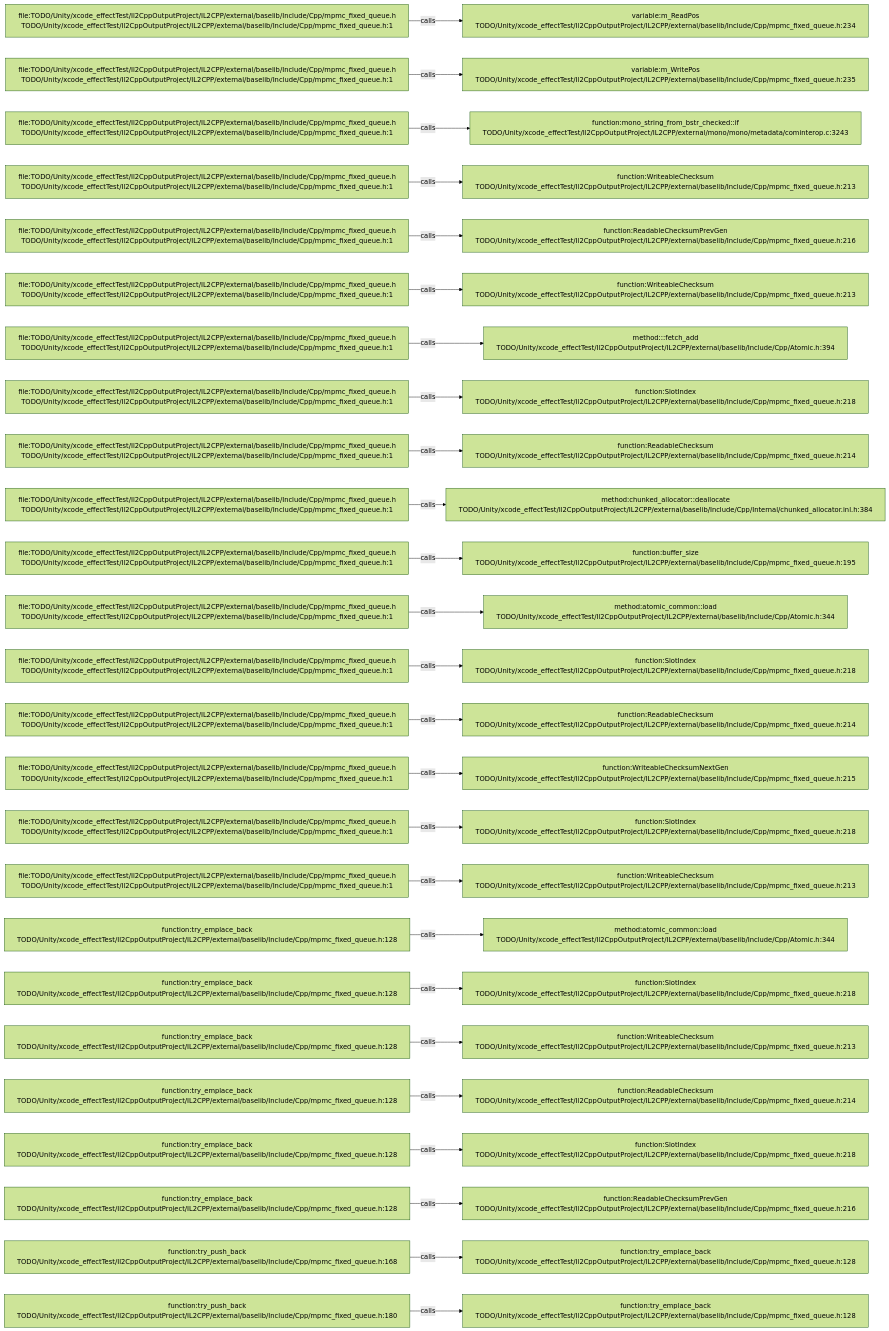
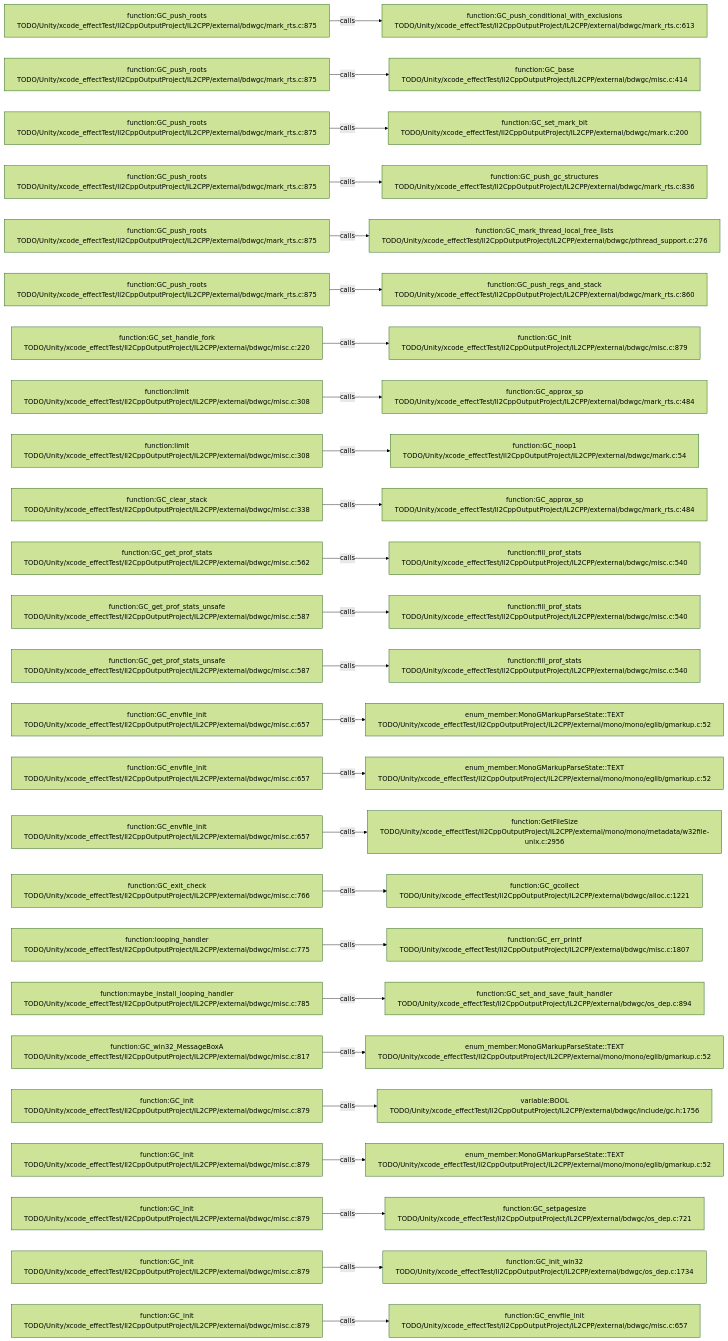
The diagram in .codegraph/codegraph.md/graphs/calls-137.md (JobsKits/JobsSwiftBaseConfigDemo), drawn with Mermaid (forest theme) before and after one commit. The commit also changed 227 other files, not shown here.

````diff
--- a/.codegraph/codegraph.md/graphs/calls-137.md
+++ b/.codegraph/codegraph.md/graphs/calls-137.md
@@ -13,78 +13,78 @@
 ```mermaid
 flowchart LR
-  S1["file:TODO/Unity/xcode_effectTest/Il2CppOutputProject/IL2CPP/external/baselib/Include/Cpp/mpmc_fixed_queue.h<br/>TODO/Unity/xcode_effectTest/Il2CppOutputProject/IL2CPP/external/baselib/Include/Cpp/mpmc_fixed_queue.h:1"]
-  T1["variable:m_ReadPos<br/>TODO/Unity/xcode_effectTest/Il2CppOutputProject/IL2CPP/external/baselib/Include/Cpp/mpmc_fixed_queue.h:234"]
+  S1["function:GC_push_roots<br/>TODO/Unity/xcode_effectTest/Il2CppOutputProject/IL2CPP/external/bdwgc/mark_rts.c:875"]
+  T1["function:GC_push_conditional_with_exclusions<br/>TODO/Unity/xcode_effectTest/Il2CppOutputProject/IL2CPP/external/bdwgc/mark_rts.c:613"]
   S1 -->|calls| T1
-  S2["file:TODO/Unity/xcode_effectTest/Il2CppOutputProject/IL2CPP/external/baselib/Include/Cpp/mpmc_fixed_queue.h<br/>TODO/Unity/xcode_effectTest/Il2CppOutputProject/IL2CPP/external/baselib/Include/Cpp/mpmc_fixed_queue.h:1"]
-  T2["variable:m_WritePos<br/>TODO/Unity/xcode_effectTest/Il2CppOutputProject/IL2CPP/external/baselib/Include/Cpp/mpmc_fixed_queue.h:235"]
+  S2["function:GC_push_roots<br/>TODO/Unity/xcode_effectTest/Il2CppOutputProject/IL2CPP/external/bdwgc/mark_rts.c:875"]
+  T2["function:GC_base<br/>TODO/Unity/xcode_effectTest/Il2CppOutputProject/IL2CPP/external/bdwgc/misc.c:414"]
   S2 -->|calls| T2
-  S3["file:TODO/Unity/xcode_effectTest/Il2CppOutputProject/IL2CPP/external/baselib/Include/Cpp/mpmc_fixed_queue.h<br/>TODO/Unity/xcode_effectTest/Il2CppOutputProject/IL2CPP/external/baselib/Include/Cpp/mpmc_fixed_queue.h:1"]
-  T3["function:mono_string_from_bstr_checked::if<br/>TODO/Unity/xcode_effectTest/Il2CppOutputProject/IL2CPP/external/mono/mono/metadata/cominterop.c:3243"]
+  S3["function:GC_push_roots<br/>TODO/Unity/xcode_effectTest/Il2CppOutputProject/IL2CPP/external/bdwgc/mark_rts.c:875"]
+  T3["function:GC_set_mark_bit<br/>TODO/Unity/xcode_effectTest/Il2CppOutputProject/IL2CPP/external/bdwgc/mark.c:200"]
   S3 -->|calls| T3
-  S4["file:TODO/Unity/xcode_effectTest/Il2CppOutputProject/IL2CPP/external/baselib/Include/Cpp/mpmc_fixed_queue.h<br/>TODO/Unity/xcode_effectTest/Il2CppOutputProject/IL2CPP/external/baselib/Include/Cpp/mpmc_fixed_queue.h:1"]
-  T4["function:WriteableChecksum<br/>TODO/Unity/xcode_effectTest/Il2CppOutputProject/IL2CPP/external/baselib/Include/Cpp/mpmc_fixed_queue.h:213"]
+  S4["function:GC_push_roots<br/>TODO/Unity/xcode_effectTest/Il2CppOutputProject/IL2CPP/external/bdwgc/mark_rts.c:875"]
+  T4["function:GC_push_gc_structures<br/>TODO/Unity/xcode_effectTest/Il2CppOutputProject/IL2CPP/external/bdwgc/mark_rts.c:836"]
   S4 -->|calls| T4
-  S5["file:TODO/Unity/xcode_effectTest/Il2CppOutputProject/IL2CPP/external/baselib/Include/Cpp/mpmc_fixed_queue.h<br/>TODO/Unity/xcode_effectTest/Il2CppOutputProject/IL2CPP/external/baselib/Include/Cpp/mpmc_fixed_queue.h:1"]
-  T5["function:ReadableChecksumPrevGen<br/>TODO/Unity/xcode_effectTest/Il2CppOutputProject/IL2CPP/external/baselib/Include/Cpp/mpmc_fixed_queue.h:216"]
+  S5["function:GC_push_roots<br/>TODO/Unity/xcode_effectTest/Il2CppOutputProject/IL2CPP/external/bdwgc/mark_rts.c:875"]
+  T5["function:GC_mark_thread_local_free_lists<br/>TODO/Unity/xcode_effectTest/Il2CppOutputProject/IL2CPP/external/bdwgc/pthread_support.c:276"]
   S5 -->|calls| T5
-  S6["file:TODO/Unity/xcode_effectTest/Il2CppOutputProject/IL2CPP/external/baselib/Include/Cpp/mpmc_fixed_queue.h<br/>TODO/Unity/xcode_effectTest/Il2CppOutputProject/IL2CPP/external/baselib/Include/Cpp/mpmc_fixed_queue.h:1"]
-  T6["function:WriteableChecksum<br/>TODO/Unity/xcode_effectTest/Il2CppOutputProject/IL2CPP/external/baselib/Include/Cpp/mpmc_fixed_queue.h:213"]
+  S6["function:GC_push_roots<br/>TODO/Unity/xcode_effectTest/Il2CppOutputProject/IL2CPP/external/bdwgc/mark_rts.c:875"]
+  T6["function:GC_push_regs_and_stack<br/>TODO/Unity/xcode_effectTest/Il2CppOutputProject/IL2CPP/external/bdwgc/mark_rts.c:860"]
   S6 -->|calls| T6
-  S7["file:TODO/Unity/xcode_effectTest/Il2CppOutputProject/IL2CPP/external/baselib/Include/Cpp/mpmc_fixed_queue.h<br/>TODO/Unity/xcode_effectTest/Il2CppOutputProject/IL2CPP/external/baselib/Include/Cpp/mpmc_fixed_queue.h:1"]
-  T7["method:<anonymous>::fetch_add<br/>TODO/Unity/xcode_effectTest/Il2CppOutputProject/IL2CPP/external/baselib/Include/Cpp/Atomic.h:394"]
+  S7["function:GC_set_handle_fork<br/>TODO/Unity/xcode_effectTest/Il2CppOutputProject/IL2CPP/external/bdwgc/misc.c:220"]
+  T7["function:GC_init<br/>TODO/Unity/xcode_effectTest/Il2CppOutputProject/IL2CPP/external/bdwgc/misc.c:879"]
   S7 -->|calls| T7
-  S8["file:TODO/Unity/xcode_effectTest/Il2CppOutputProject/IL2CPP/external/baselib/Include/Cpp/mpmc_fixed_queue.h<br/>TODO/Unity/xcode_effectTest/Il2CppOutputProject/IL2CPP/external/baselib/Include/Cpp/mpmc_fixed_queue.h:1"]
-  T8["function:SlotIndex<br/>TODO/Unity/xcode_effectTest/Il2CppOutputProject/IL2CPP/external/baselib/Include/Cpp/mpmc_fixed_queue.h:218"]
+  S8["function:limit<br/>TODO/Unity/xcode_effectTest/Il2CppOutputProject/IL2CPP/external/bdwgc/misc.c:308"]
+  T8["function:GC_approx_sp<br/>TODO/Unity/xcode_effectTest/Il2CppOutputProject/IL2CPP/external/bdwgc/mark_rts.c:484"]
   S8 -->|calls| T8
-  S9["file:TODO/Unity/xcode_effectTest/Il2CppOutputProject/IL2CPP/external/baselib/Include/Cpp/mpmc_fixed_queue.h<br/>TODO/Unity/xcode_effectTest/Il2CppOutputProject/IL2CPP/external/baselib/Include/Cpp/mpmc_fixed_queue.h:1"]
-  T9["function:ReadableChecksum<br/>TODO/Unity/xcode_effectTest/Il2CppOutputProject/IL2CPP/external/baselib/Include/Cpp/mpmc_fixed_queue.h:214"]
+  S9["function:limit<br/>TODO/Unity/xcode_effectTest/Il2CppOutputProject/IL2CPP/external/bdwgc/misc.c:308"]
+  T9["function:GC_noop1<br/>TODO/Unity/xcode_effectTest/Il2CppOutputProject/IL2CPP/external/bdwgc/mark.c:54"]
   S9 -->|calls| T9
-  S10["file:TODO/Unity/xcode_effectTest/Il2CppOutputProject/IL2CPP/external/baselib/Include/Cpp/mpmc_fixed_queue.h<br/>TODO/Unity/xcode_effectTest/Il2CppOutputProject/IL2CPP/external/baselib/Include/Cpp/mpmc_fixed_queue.h:1"]
-  T10["method:chunked_allocator::deallocate<br/>TODO/Unity/xcode_effectTest/Il2CppOutputProject/IL2CPP/external/baselib/Include/Cpp/Internal/chunked_allocator.inl.h:384"]
+  S10["function:GC_clear_stack<br/>TODO/Unity/xcode_effectTest/Il2CppOutputProject/IL2CPP/external/bdwgc/misc.c:338"]
+  T10["function:GC_approx_sp<br/>TODO/Unity/xcode_effectTest/Il2CppOutputProject/IL2CPP/external/bdwgc/mark_rts.c:484"]
   S10 -->|calls| T10
-  S11["file:TODO/Unity/xcode_effectTest/Il2CppOutputProject/IL2CPP/external/baselib/Include/Cpp/mpmc_fixed_queue.h<br/>TODO/Unity/xcode_effectTest/Il2CppOutputProject/IL2CPP/external/baselib/Include/Cpp/mpmc_fixed_queue.h:1"]
-  T11["function:buffer_size<br/>TODO/Unity/xcode_effectTest/Il2CppOutputProject/IL2CPP/external/baselib/Include/Cpp/mpmc_fixed_queue.h:195"]
+  S11["function:GC_get_prof_stats<br/>TODO/Unity/xcode_effectTest/Il2CppOutputProject/IL2CPP/external/bdwgc/misc.c:562"]
+  T11["function:fill_prof_stats<br/>TODO/Unity/xcode_effectTest/Il2CppOutputProject/IL2CPP/external/bdwgc/misc.c:540"]
   S11 -->|calls| T11
-  S12["file:TODO/Unity/xcode_effectTest/Il2CppOutputProject/IL2CPP/external/baselib/Include/Cpp/mpmc_fixed_queue.h<br/>TODO/Unity/xcode_effectTest/Il2CppOutputProject/IL2CPP/external/baselib/Include/Cpp/mpmc_fixed_queue.h:1"]
-  T12["method:atomic_common::load<br/>TODO/Unity/xcode_effectTest/Il2CppOutputProject/IL2CPP/external/baselib/Include/Cpp/Atomic.h:344"]
+  S12["function:GC_get_prof_stats_unsafe<br/>TODO/Unity/xcode_effectTest/Il2CppOutputProject/IL2CPP/external/bdwgc/misc.c:587"]
+  T12["function:fill_prof_stats<br/>TODO/Unity/xcode_effectTest/Il2CppOutputProject/IL2CPP/external/bdwgc/misc.c:540"]
   S12 -->|calls| T12
-  S13["file:TODO/Unity/xcode_effectTest/Il2CppOutputProject/IL2CPP/external/baselib/Include/Cpp/mpmc_fixed_queue.h<br/>TODO/Unity/xcode_effectTest/Il2CppOutputProject/IL2CPP/external/baselib/Include/Cpp/mpmc_fixed_queue.h:1"]
-  T13["function:SlotIndex<br/>TODO/Unity/xcode_effectTest/Il2CppOutputProject/IL2CPP/external/baselib/Include/Cpp/mpmc_fixed_queue.h:218"]
+  S13["function:GC_get_prof_stats_unsafe<br/>TODO/Unity/xcode_effectTest/Il2CppOutputProject/IL2CPP/external/bdwgc/misc.c:587"]
+  T13["function:fill_prof_stats<br/>TODO/Unity/xcode_effectTest/Il2CppOutputProject/IL2CPP/external/bdwgc/misc.c:540"]
   S13 -->|calls| T13
-  S14["file:TODO/Unity/xcode_effectTest/Il2CppOutputProject/IL2CPP/external/baselib/Include/Cpp/mpmc_fixed_queue.h<br/>TODO/Unity/xcode_effectTest/Il2CppOutputProject/IL2CPP/external/baselib/Include/Cpp/mpmc_fixed_queue.h:1"]
-  T14["function:ReadableChecksum<br/>TODO/Unity/xcode_effectTest/Il2CppOutputProject/IL2CPP/external/baselib/Include/Cpp/mpmc_fixed_queue.h:214"]
+  S14["function:GC_envfile_init<br/>TODO/Unity/xcode_effectTest/Il2CppOutputProject/IL2CPP/external/bdwgc/misc.c:657"]
+  T14["enum_member:MonoGMarkupParseState::TEXT<br/>TODO/Unity/xcode_effectTest/Il2CppOutputProject/IL2CPP/external/mono/mono/eglib/gmarkup.c:52"]
   S14 -->|calls| T14
-  S15["file:TODO/Unity/xcode_effectTest/Il2CppOutputProject/IL2CPP/external/baselib/Include/Cpp/mpmc_fixed_queue.h<br/>TODO/Unity/xcode_effectTest/Il2CppOutputProject/IL2CPP/external/baselib/Include/Cpp/mpmc_fixed_queue.h:1"]
-  T15["function:WriteableChecksumNextGen<br/>TODO/Unity/xcode_effectTest/Il2CppOutputProject/IL2CPP/external/baselib/Include/Cpp/mpmc_fixed_queue.h:215"]
+  S15["function:GC_envfile_init<br/>TODO/Unity/xcode_effectTest/Il2CppOutputProject/IL2CPP/external/bdwgc/misc.c:657"]
+  T15["enum_member:MonoGMarkupParseState::TEXT<br/>TODO/Unity/xcode_effectTest/Il2CppOutputProject/IL2CPP/external/mono/mono/eglib/gmarkup.c:52"]
   S15 -->|calls| T15
-  S16["file:TODO/Unity/xcode_effectTest/Il2CppOutputProject/IL2CPP/external/baselib/Include/Cpp/mpmc_fixed_queue.h<br/>TODO/Unity/xcode_effectTest/Il2CppOutputProject/IL2CPP/external/baselib/Include/Cpp/mpmc_fixed_queue.h:1"]
-  T16["function:SlotIndex<br/>TODO/Unity/xcode_effectTest/Il2CppOutputProject/IL2CPP/external/baselib/Include/Cpp/mpmc_fixed_queue.h:218"]
+  S16["function:GC_envfile_init<br/>TODO/Unity/xcode_effectTest/Il2CppOutputProject/IL2CPP/external/bdwgc/misc.c:657"]
+  T16["function:GetFileSize<br/>TODO/Unity/xcode_effectTest/Il2CppOutputProject/IL2CPP/external/mono/mono/metadata/w32file-unix.c:2956"]
   S16 -->|calls| T16
-  S17["file:TODO/Unity/xcode_effectTest/Il2CppOutputProject/IL2CPP/external/baselib/Include/Cpp/mpmc_fixed_queue.h<br/>TODO/Unity/xcode_effectTest/Il2CppOutputProject/IL2CPP/external/baselib/Include/Cpp/mpmc_fixed_queue.h:1"]
-  T17["function:WriteableChecksum<br/>TODO/Unity/xcode_effectTest/Il2CppOutputProject/IL2CPP/external/baselib/Include/Cpp/mpmc_fixed_queue.h:213"]
+  S17["function:GC_exit_check<br/>TODO/Unity/xcode_effectTest/Il2CppOutputProject/IL2CPP/external/bdwgc/misc.c:766"]
+  T17["function:GC_gcollect<br/>TODO/Unity/xcode_effectTest/Il2CppOutputProject/IL2CPP/external/bdwgc/alloc.c:1221"]
   S17 -->|calls| T17
-  S18["function:try_emplace_back<br/>TODO/Unity/xcode_effectTest/Il2CppOutputProject/IL2CPP/external/baselib/Include/Cpp/mpmc_fixed_queue.h:128"]
-  T18["method:atomic_common::load<br/>TODO/Unity/xcode_effectTest/Il2CppOutputProject/IL2CPP/external/baselib/Include/Cpp/Atomic.h:344"]
+  S18["function:looping_handler<br/>TODO/Unity/xcode_effectTest/Il2CppOutputProject/IL2CPP/external/bdwgc/misc.c:775"]
+  T18["function:GC_err_printf<br/>TODO/Unity/xcode_effectTest/Il2CppOutputProject/IL2CPP/external/bdwgc/misc.c:1807"]
   S18 -->|calls| T18
-  S19["function:try_emplace_back<br/>TODO/Unity/xcode_effectTest/Il2CppOutputProject/IL2CPP/external/baselib/Include/Cpp/mpmc_fixed_queue.h:128"]
-  T19["function:SlotIndex<br/>TODO/Unity/xcode_effectTest/Il2CppOutputProject/IL2CPP/external/baselib/Include/Cpp/mpmc_fixed_queue.h:218"]
+  S19["function:maybe_install_looping_handler<br/>TODO/Unity/xcode_effectTest/Il2CppOutputProject/IL2CPP/external/bdwgc/misc.c:785"]
+  T19["function:GC_set_and_save_fault_handler<br/>TODO/Unity/xcode_effectTest/Il2CppOutputProject/IL2CPP/external/bdwgc/os_dep.c:894"]
   S19 -->|calls| T19
-  S20["function:try_emplace_back<br/>TODO/Unity/xcode_effectTest/Il2CppOutputProject/IL2CPP/external/baselib/Include/Cpp/mpmc_fixed_queue.h:128"]
-  T20["function:WriteableChecksum<br/>TODO/Unity/xcode_effectTest/Il2CppOutputProject/IL2CPP/external/baselib/Include/Cpp/mpmc_fixed_queue.h:213"]
+  S20["function:GC_win32_MessageBoxA<br/>TODO/Unity/xcode_effectTest/Il2CppOutputProject/IL2CPP/external/bdwgc/misc.c:817"]
+  T20["enum_member:MonoGMarkupParseState::TEXT<br/>TODO/Unity/xcode_effectTest/Il2CppOutputProject/IL2CPP/external/mono/mono/eglib/gmarkup.c:52"]
   S20 -->|calls| T20
-  S21["function:try_emplace_back<br/>TODO/Unity/xcode_effectTest/Il2CppOutputProject/IL2CPP/external/baselib/Include/Cpp/mpmc_fixed_queue.h:128"]
-  T21["function:ReadableChecksum<br/>TODO/Unity/xcode_effectTest/Il2CppOutputProject/IL2CPP/external/baselib/Include/Cpp/mpmc_fixed_queue.h:214"]
+  S21["function:GC_init<br/>TODO/Unity/xcode_effectTest/Il2CppOutputProject/IL2CPP/external/bdwgc/misc.c:879"]
+  T21["variable:BOOL<br/>TODO/Unity/xcode_effectTest/Il2CppOutputProject/IL2CPP/external/bdwgc/include/gc.h:1756"]
   S21 -->|calls| T21
-  S22["function:try_emplace_back<br/>TODO/Unity/xcode_effectTest/Il2CppOutputProject/IL2CPP/external/baselib/Include/Cpp/mpmc_fixed_queue.h:128"]
-  T22["function:SlotIndex<br/>TODO/Unity/xcode_effectTest/Il2CppOutputProject/IL2CPP/external/baselib/Include/Cpp/mpmc_fixed_queue.h:218"]
+  S22["function:GC_init<br/>TODO/Unity/xcode_effectTest/Il2CppOutputProject/IL2CPP/external/bdwgc/misc.c:879"]
+  T22["enum_member:MonoGMarkupParseState::TEXT<br/>TODO/Unity/xcode_effectTest/Il2CppOutputProject/IL2CPP/external/mono/mono/eglib/gmarkup.c:52"]
   S22 -->|calls| T22
-  S23["function:try_emplace_back<br/>TODO/Unity/xcode_effectTest/Il2CppOutputProject/IL2CPP/external/baselib/Include/Cpp/mpmc_fixed_queue.h:128"]
-  T23["function:ReadableChecksumPrevGen<br/>TODO/Unity/xcode_effectTest/Il2CppOutputProject/IL2CPP/external/baselib/Include/Cpp/mpmc_fixed_queue.h:216"]
+  S23["function:GC_init<br/>TODO/Unity/xcode_effectTest/Il2CppOutputProject/IL2CPP/external/bdwgc/misc.c:879"]
+  T23["function:GC_setpagesize<br/>TODO/Unity/xcode_effectTest/Il2CppOutputProject/IL2CPP/external/bdwgc/os_dep.c:721"]
   S23 -->|calls| T23
-  S24["function:try_push_back<br/>TODO/Unity/xcode_effectTest/Il2CppOutputProject/IL2CPP/external/baselib/Include/Cpp/mpmc_fixed_queue.h:168"]
-  T24["function:try_emplace_back<br/>TODO/Unity/xcode_effectTest/Il2CppOutputProject/IL2CPP/external/baselib/Include/Cpp/mpmc_fixed_queue.h:128"]
+  S24["function:GC_init<br/>TODO/Unity/xcode_effectTest/Il2CppOutputProject/IL2CPP/external/bdwgc/misc.c:879"]
+  T24["function:GC_init_win32<br/>TODO/Unity/xcode_effectTest/Il2CppOutputProject/IL2CPP/external/bdwgc/os_dep.c:1734"]
   S24 -->|calls| T24
-  S25["function:try_push_back<br/>TODO/Unity/xcode_effectTest/Il2CppOutputProject/IL2CPP/external/baselib/Include/Cpp/mpmc_fixed_queue.h:180"]
-  T25["function:try_emplace_back<br/>TODO/Unity/xcode_effectTest/Il2CppOutputProject/IL2CPP/external/baselib/Include/Cpp/mpmc_fixed_queue.h:128"]
+  S25["function:GC_init<br/>TODO/Unity/xcode_effectTest/Il2CppOutputProject/IL2CPP/external/bdwgc/misc.c:879"]
+  T25["function:GC_envfile_init<br/>TODO/Unity/xcode_effectTest/Il2CppOutputProject/IL2CPP/external/bdwgc/misc.c:657"]
   S25 -->|calls| T25
 ```
````
